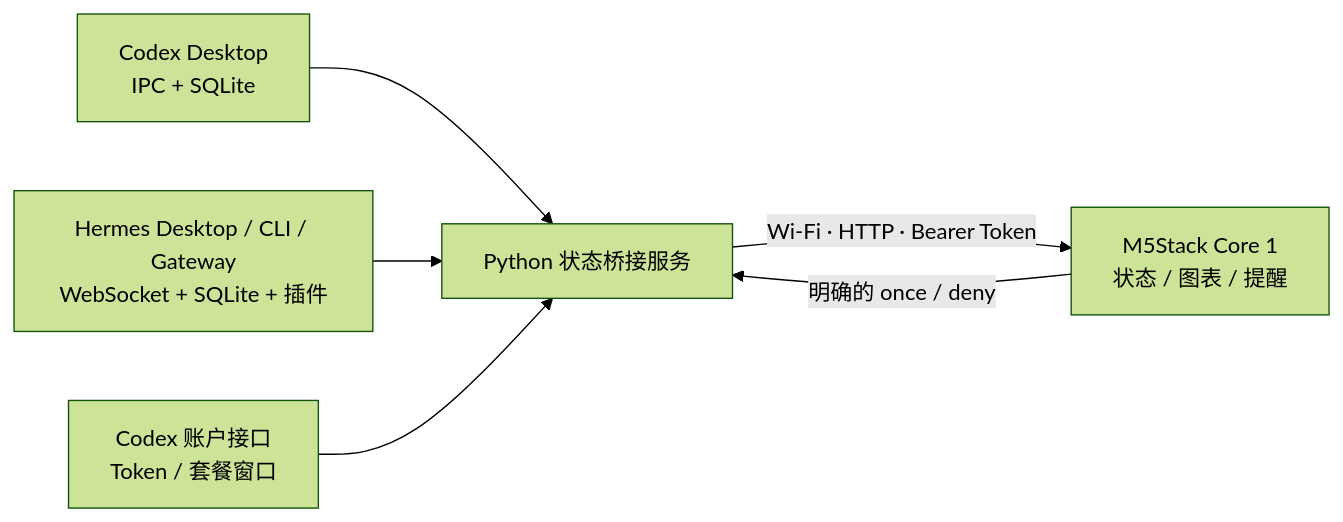
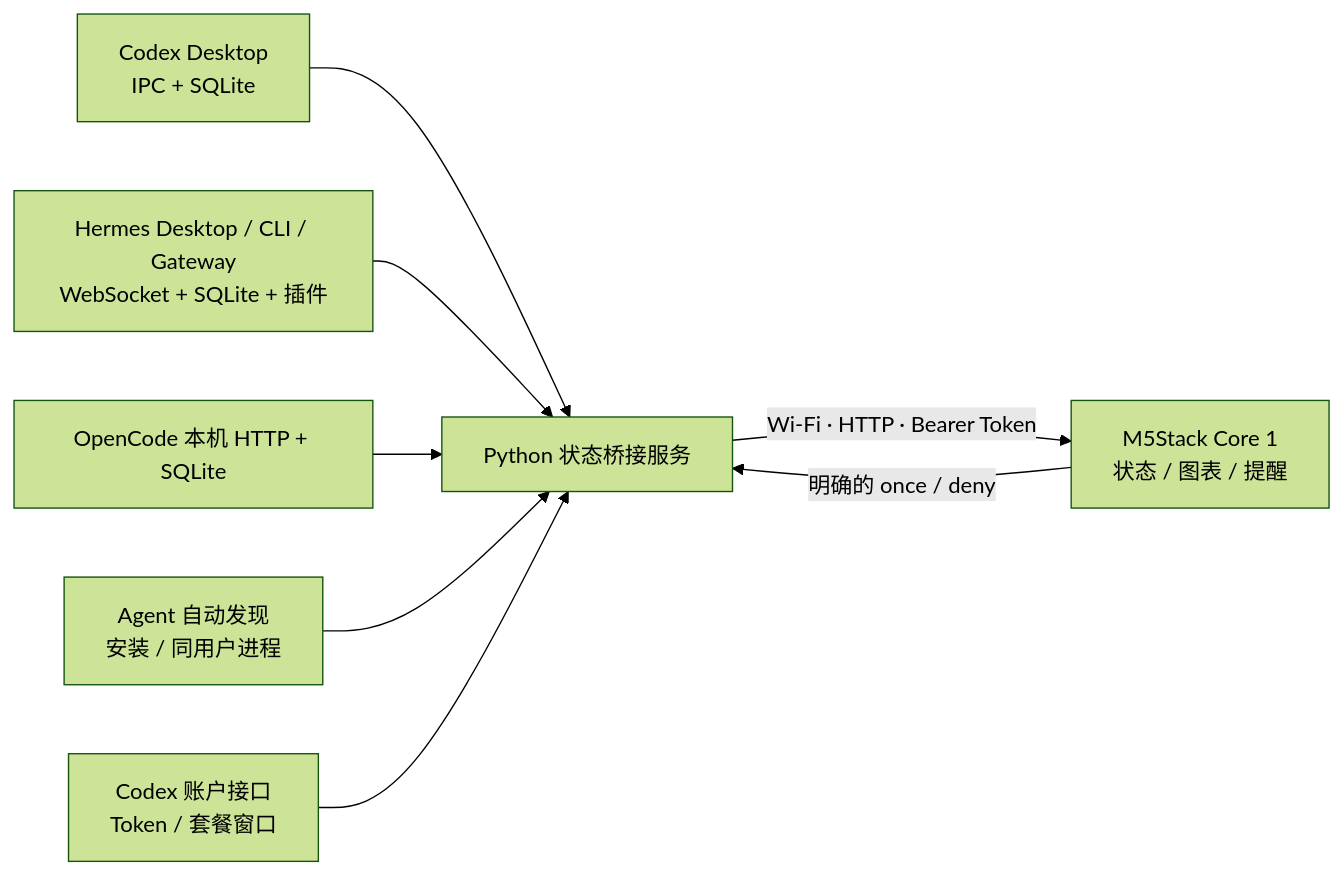
The diagram in README.md (lipu0324/m5stack-ai-monitor), drawn with Mermaid (forest theme) before and after one commit. The commit also changed other lines of this file and 14 other files, not shown here.

Commit message:
feat: discover local agents and add OpenCode monitoring with device source selection

````diff
--- a/README.md
+++ b/README.md
@@ -52,8 +67,10 @@
 ```mermaid
 flowchart LR
     C[Codex Desktop<br/>IPC + SQLite] --> S[Python 状态桥接服务]
     H[Hermes Desktop / CLI / Gateway<br/>WebSocket + SQLite + 插件] --> S
+    O[OpenCode 本机 HTTP + SQLite] --> S
+    D[Agent 自动发现<br/>安装 / 同用户进程] --> S
     U[Codex 账户接口<br/>Token / 套餐窗口] --> S
     S -->|Wi-Fi · HTTP · Bearer Token| M[M5Stack Core 1<br/>状态 / 图表 / 提醒]
     M -->|明确的 once / deny| S
 ```
````
